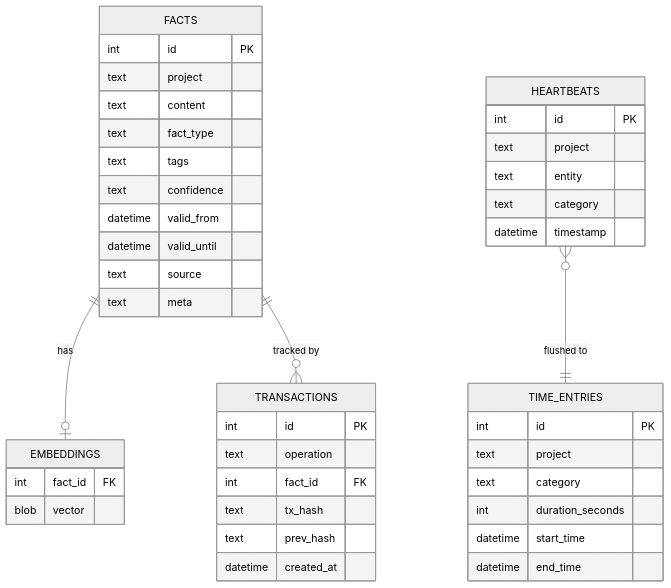
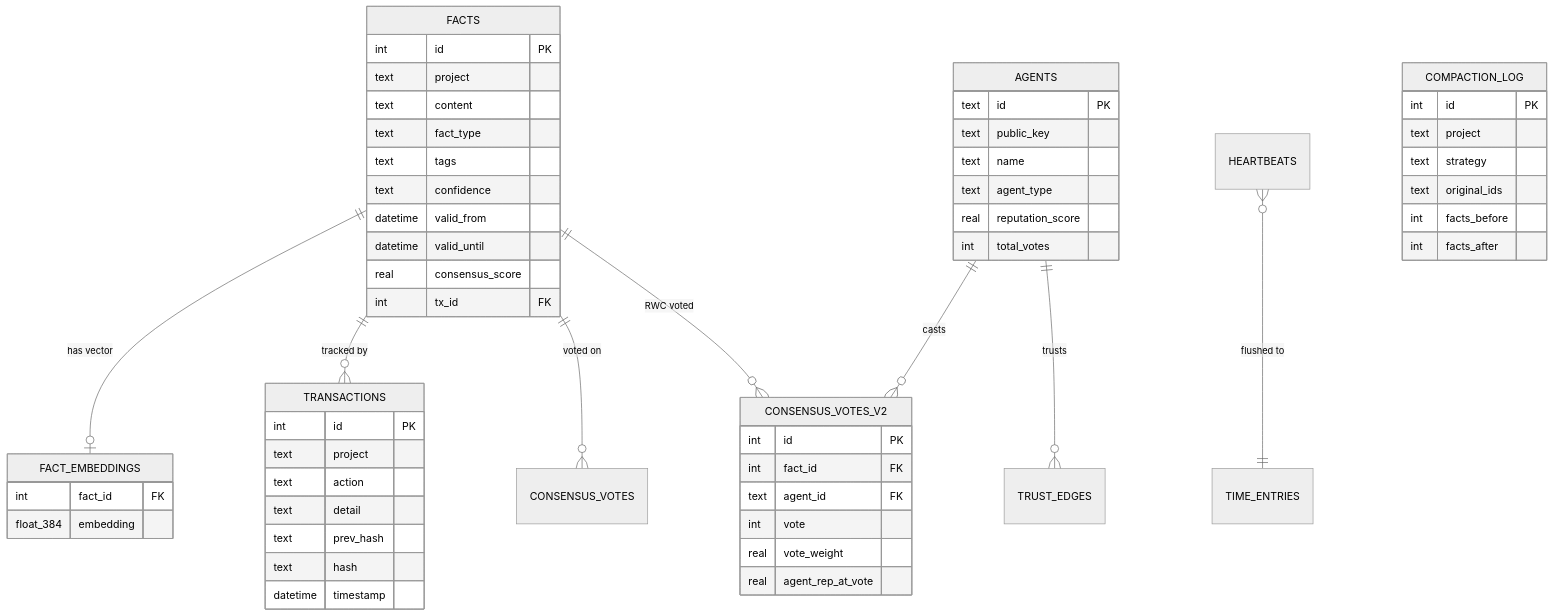
One commit to borjamoskv/cortex changed the fourth of 4 diagrams in docs/architecture.md. Above: the diagram before and after it, drawn with Mermaid (neutral theme). The commit also changed other lines of this file and 195 other files, not shown here.

````diff
--- a/docs/architecture.md
+++ b/docs/architecture.md
@@ -97,46 +327,60 @@
 ```mermaid
 erDiagram
+    FACTS ||--o| FACT_EMBEDDINGS : "has vector"
+    FACTS ||--o{ TRANSACTIONS : "tracked by"
+    FACTS ||--o{ CONSENSUS_VOTES : "voted on"
+    FACTS ||--o{ CONSENSUS_VOTES_V2 : "RWC voted"
+    AGENTS ||--o{ CONSENSUS_VOTES_V2 : "casts"
+    AGENTS ||--o{ TRUST_EDGES : "trusts"
+    HEARTBEATS }o--|| TIME_ENTRIES : "flushed to"
+
     FACTS {
         int id PK
         text project
         text content
         text fact_type
         text tags
         text confidence
         datetime valid_from
         datetime valid_until
-        text source
-        text meta
+        real consensus_score
+        int tx_id FK
     }
-    EMBEDDINGS {
+    FACT_EMBEDDINGS {
         int fact_id FK
-        blob vector
+        float_384 embedding
     }
     TRANSACTIONS {
         int id PK
-        text operation
+        text project
+        text action
+        text detail
+        text prev_hash
+        text hash
+        datetime timestamp
+    }
+    AGENTS {
+        text id PK
+        text public_key
+        text name
+        text agent_type
+        real reputation_score
+        int total_votes
+    }
+    CONSENSUS_VOTES_V2 {
+        int id PK
         int fact_id FK
-        text tx_hash
-        text prev_hash
-        datetime created_at
+        text agent_id FK
+        int vote
+        real vote_weight
+        real agent_rep_at_vote
     }
-    HEARTBEATS {
+    COMPACTION_LOG {
         int id PK
         text project
-        text entity
-        text category
-        datetime timestamp
+        text strategy
+        text original_ids
+        int facts_before
+        int facts_after
     }
-    TIME_ENTRIES {
-        int id PK
-        text project
-        text category
-        int duration_seconds
-        datetime start_time
-        datetime end_time
-    }
-
-    FACTS ||--o| EMBEDDINGS : "has"
-    FACTS ||--o{ TRANSACTIONS : "tracked by"
-    HEARTBEATS }o--|| TIME_ENTRIES : "flushed to"
 ```
````
